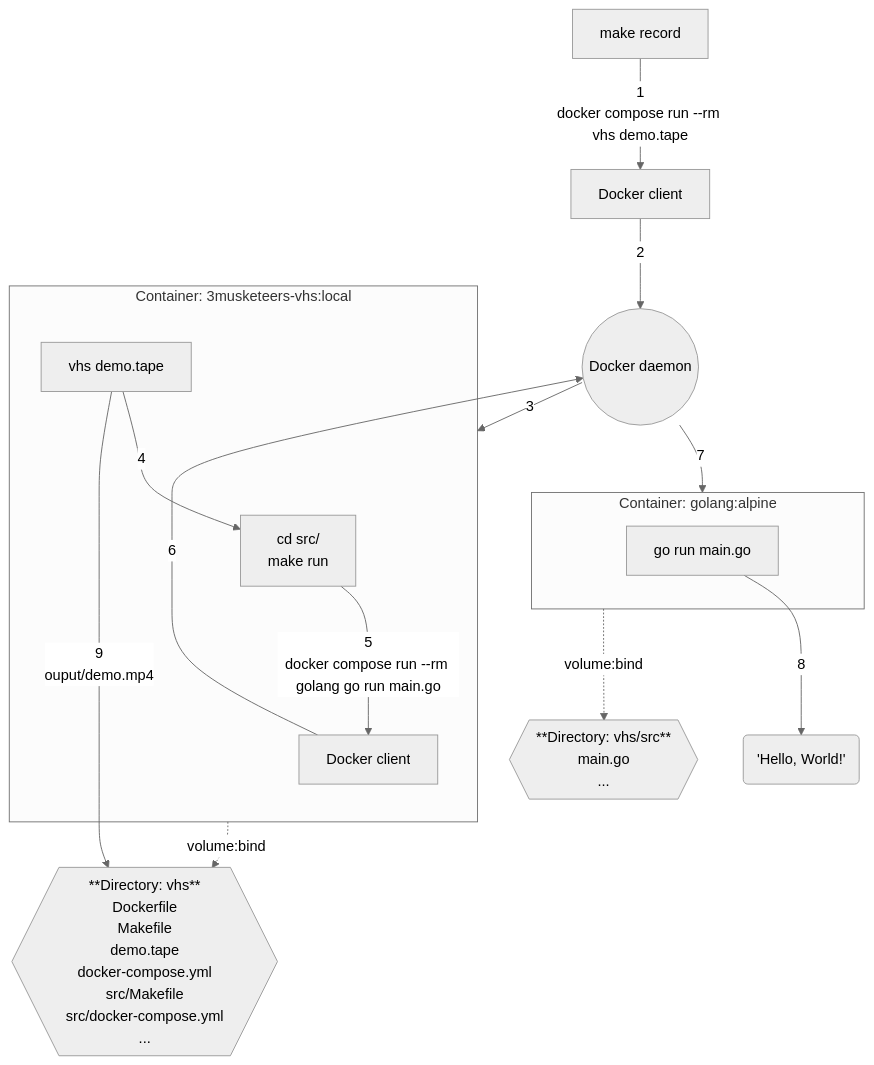
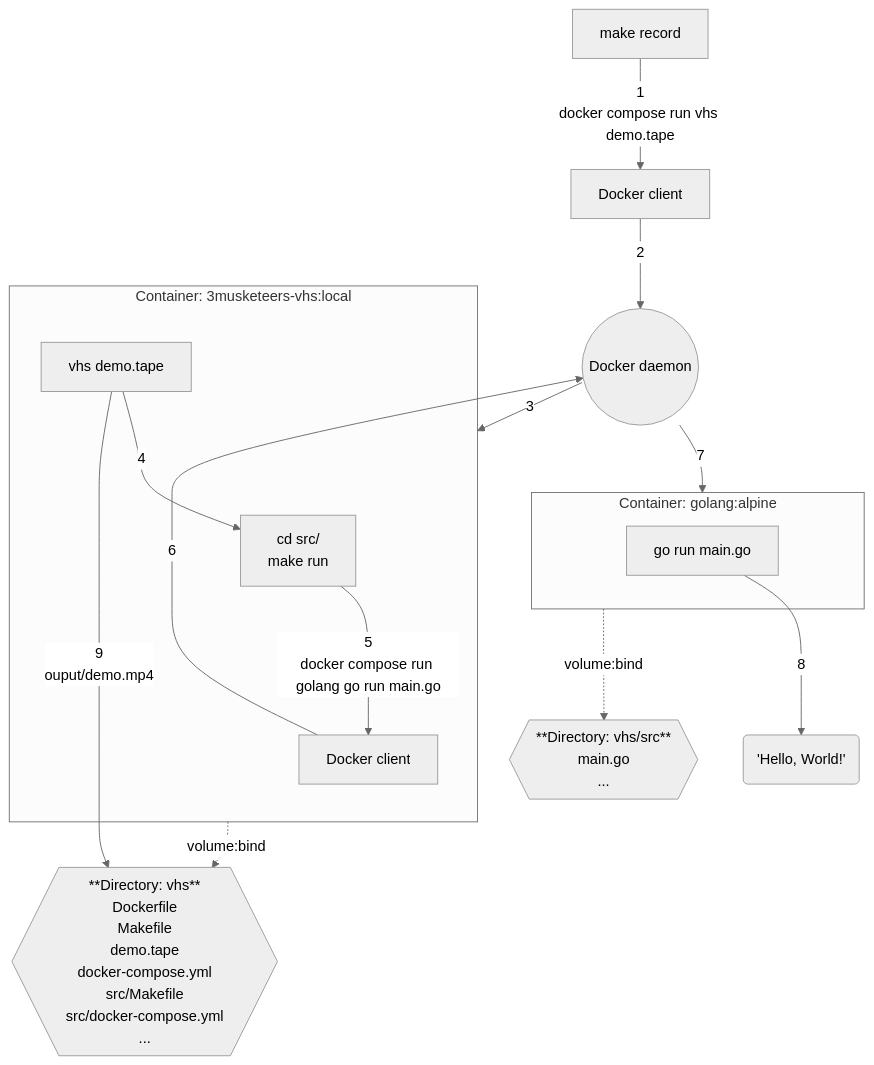
The diagram in vhs/README.md (flemay/3musketeers), drawn with Mermaid (neutral theme) before and after one commit.

````diff
--- a/vhs/README.md
+++ b/vhs/README.md
@@ -24,31 +24,31 @@
 ```mermaid
 graph TB
-    make-record[make record]-->|1\ndocker compose run --rm vhs demo.tape|host-docker-client[Docker client]
+    make-record[make record]-->|1\ndocker compose run vhs demo.tape|host-docker-client[Docker client]
     host-docker-client-->|2|docker-daemon((Docker daemon))
     subgraph vhs-local-container [Container: 3musketeers-vhs:local]
     vhs[vhs demo.tape]-->|4|make-run[cd src/
     make run]
-    make-run-->|5\ndocker compose run --rm golang go run main.go|docker-client[Docker client]
+    make-run-->|5\ndocker compose run golang go run main.go|docker-client[Docker client]
     end
     docker-daemon-->|3|vhs-local-container
     docker-client-->|6|docker-daemon
     dir-vhs{{"**Directory: vhs**
     Dockerfile
     Makefile
     demo.tape
     docker-compose.yml
     src/Makefile
     src/docker-compose.yml
     ..."}}
     vhs-local-container-..->|volume:bind|dir-vhs
     docker-daemon-->|7|golang-alpine-container
     subgraph golang-alpine-container [Container: golang:alpine]
         go-run[go run main.go]
     end
     dir-vhs-src{{"**Directory: vhs/src**
     main.go
     ..."}}
     golang-alpine-container-.->|volume:bind|dir-vhs-src
     go-run-->|8|hello-world('Hello, World!')
     vhs-->|9\nouput/demo.mp4|dir-vhs
 ```
````
